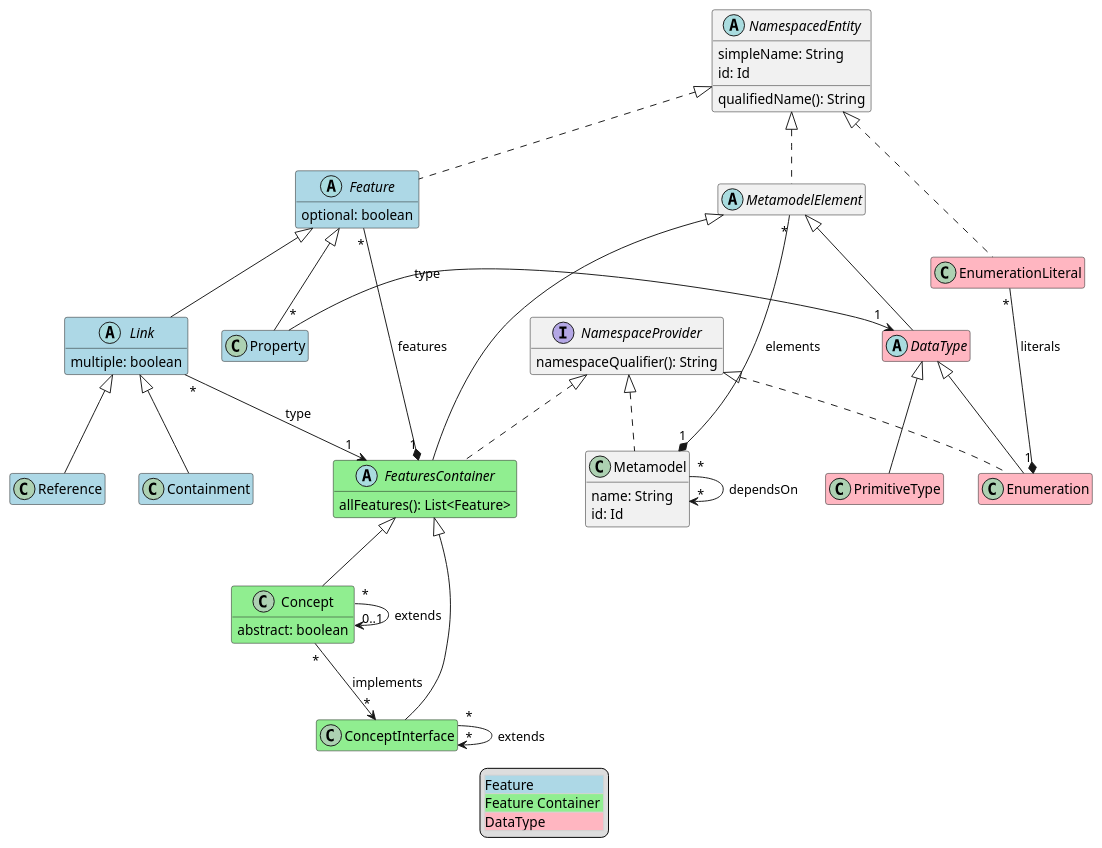
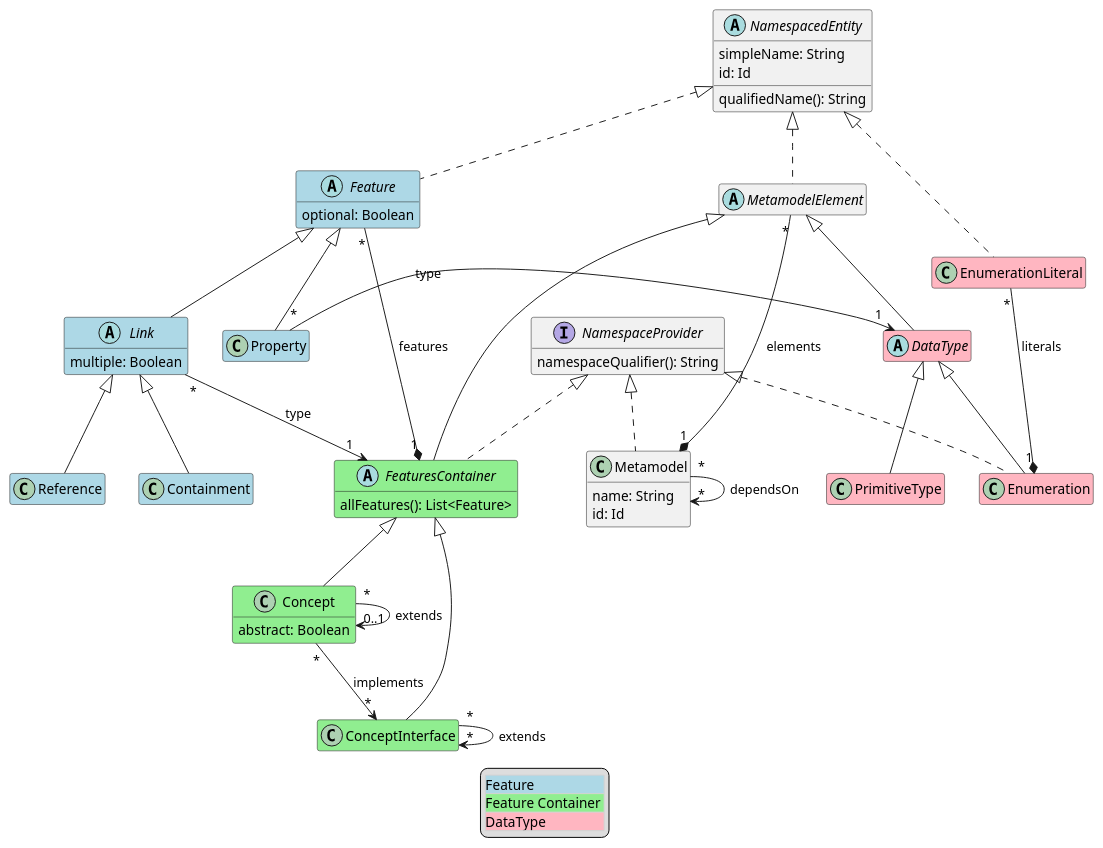
One commit to LionWeb-io/specification changed the diagram in lioncore/metametamodel.puml. Above: the diagram before and after it, drawn with PlantUML. The commit also changed 3 other files, not shown here.

Commit message:
added mermaid version of m3

```diff
--- a/lioncore/metametamodel.puml
+++ b/lioncore/metametamodel.puml
@@ -1,76 +1,76 @@
 @startuml
 hide empty members
 
 class Concept #LightGreen extends FeaturesContainer {
-  abstract: boolean
+  abstract: Boolean
 }
 
 class ConceptInterface #LightGreen extends FeaturesContainer
 
 class Containment #LightBlue extends Link
 
 abstract class DataType #LightPink extends MetamodelElement
 
 class Enumeration #LightPink extends DataType implements NamespaceProvider
 
 class EnumerationLiteral #LightPink implements NamespacedEntity
 
 abstract class Feature #LightBlue implements NamespacedEntity {
-  optional: boolean
+  optional: Boolean
 }
 
 abstract class FeaturesContainer #LightGreen extends MetamodelElement implements NamespaceProvider {
   allFeatures(): List<Feature>
 }
 
 abstract class Link #LightBlue extends Feature {
-  multiple: boolean
+  multiple: Boolean
 }
 
 class Metamodel implements NamespaceProvider {
   name: String
   id: Id
 }
 
 abstract class MetamodelElement implements NamespacedEntity
 
 abstract class NamespacedEntity {
   simpleName: String
   qualifiedName(): String
   id: Id
 }
 
 interface NamespaceProvider {
   namespaceQualifier(): String
 }
 
 class PrimitiveType #LightPink extends DataType
 
 class Property #LightBlue extends Feature
 
 class Reference #LightBlue extends Link
 
 ' relations:
 
 Concept "*" -> "0..1" Concept: extends
 Concept "*" --> "*" ConceptInterface: implements
 
 ConceptInterface "*" --> "*" ConceptInterface: extends
 
 EnumerationLiteral "*" -* "1" Enumeration : literals
 
 Feature "*" -* "1" FeaturesContainer: features
 
 Link "*" --> "1" FeaturesContainer: type
 
 Metamodel "*" --> "*" Metamodel: dependsOn
 MetamodelElement "*" -* "1" Metamodel: elements
 
 Property "*" -> "1" DataType: type
 
 legend
   <#LightGray,#LightGray>| <#LightBlue>Feature |
   | <#LightGreen>Feature Container |
   | <#LightPink>DataType |
 end legend
 @enduml
```
